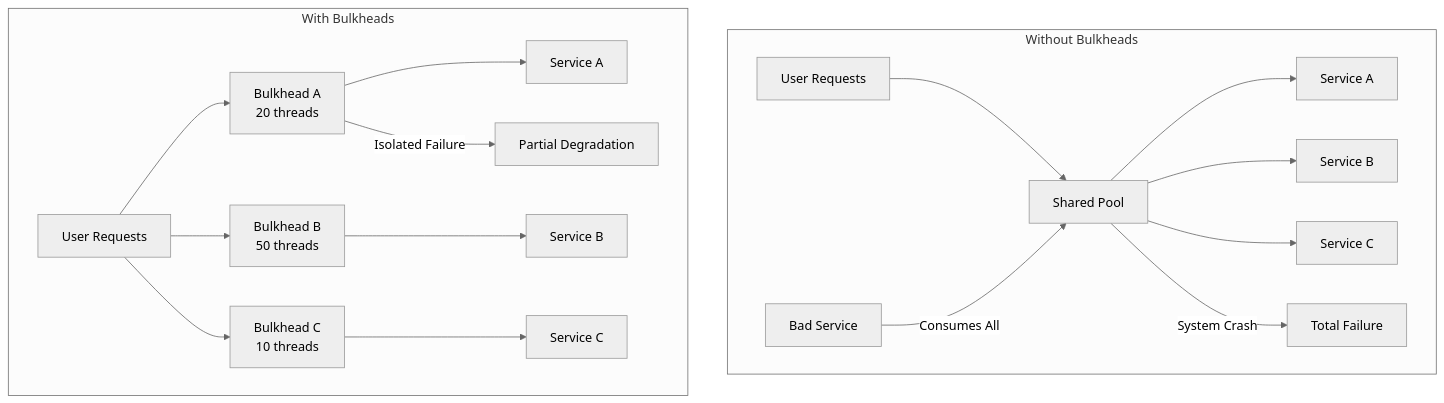
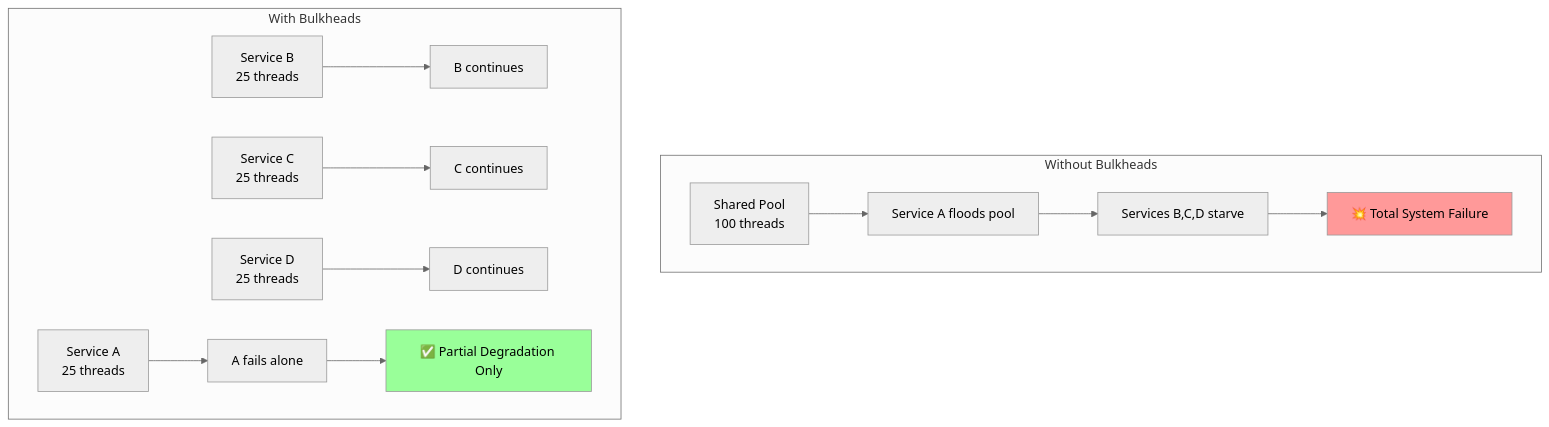
One commit to deepaucksharma/DStudio changed the first of 5 diagrams in docs/pattern-library/resilience/bulkhead.md. Above: the diagram before and after it, drawn with Mermaid (neutral theme). The commit also changed other lines of this file and 64 other files, not shown here.

````diff
--- a/docs/pattern-library/resilience/bulkhead.md
+++ b/docs/pattern-library/resilience/bulkhead.md
@@ -117,21 +87,19 @@
 ```mermaid
-graph TB
+graph TD
     subgraph "Without Bulkheads"
-        U1[User Requests] --> SP[Shared Pool]
-        SP --> S1[Service A]
-        SP --> S2[Service B]
-        SP --> S3[Service C]
-        X[Bad Service] -->|Consumes All| SP
-        SP -->|System Crash| FAIL[Total Failure]
+        A[Shared Pool<br/>100 threads] --> B[Service A floods pool]
+        B --> C[Services B,C,D starve]
+        C --> D[💥 Total System Failure]
     end
     
     subgraph "With Bulkheads"
-        U2[User Requests] --> B1[Bulkhead A<br/>20 threads]
-        U2 --> B2[Bulkhead B<br/>50 threads]
-        U2 --> B3[Bulkhead C<br/>10 threads]
-        B1 --> SA[Service A]
-        B2 --> SB[Service B]
-        B3 --> SC[Service C]
-        B1 -->|Isolated Failure| F1[Partial Degradation]
+        E[Service A<br/>25 threads] --> F[A fails alone]
+        G[Service B<br/>25 threads] --> H[B continues]
+        I[Service C<br/>25 threads] --> J[C continues]
+        K[Service D<br/>25 threads] --> L[D continues]
+        F --> M[✅ Partial Degradation Only]
     end
+    
+    style D fill:#f99
+    style M fill:#9f9
 ```
````
